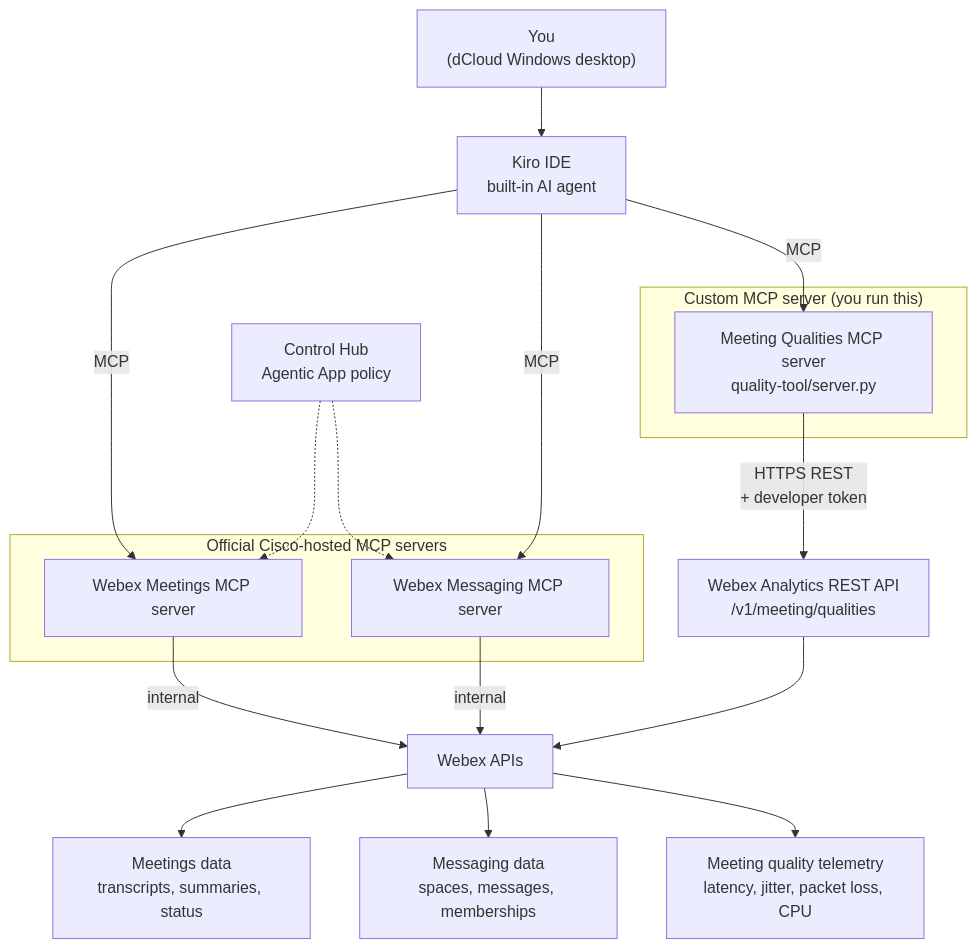
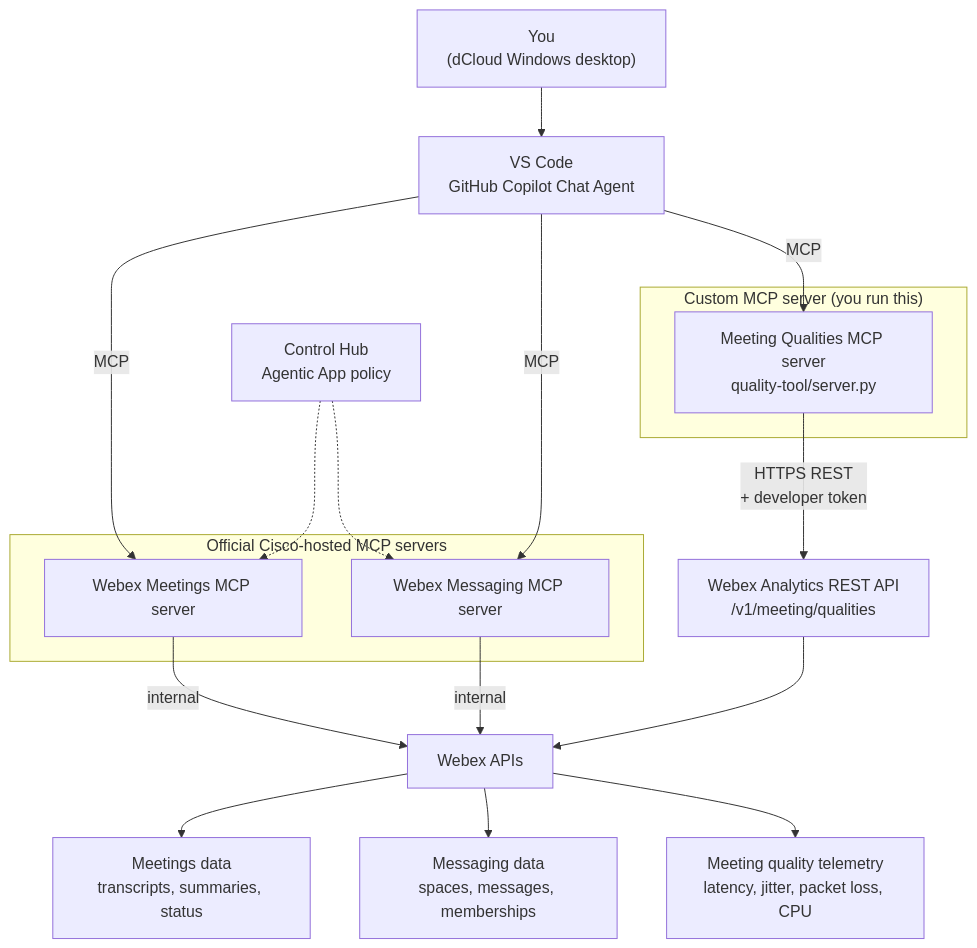
Before and after one commit to WebexOne-MCP-Lab/WebexOne-MCP-Lab.github.io: the diagram in docs/topologies.md, drawn with Mermaid. The commit also changed other lines of this file and 34 other files, not shown here.

Commit message:
Update lab guide for VS Code Copilot Chat

````diff
--- a/docs/topologies.md
+++ b/docs/topologies.md
@@ -7,29 +7,29 @@
 ```mermaid
 flowchart TD
-    A["You<br/>(dCloud Windows desktop)"] --> B["Kiro IDE<br/>built-in AI agent"]
+    A["You<br/>(dCloud Windows desktop)"] --> B["VS Code<br/>GitHub Copilot Chat Agent"]
 
     subgraph official ["Official Cisco-hosted MCP servers"]
         C["Webex Meetings MCP server"]
         D["Webex Messaging MCP server"]
     end
 
     subgraph custom ["Custom MCP server (you run this)"]
         E["Meeting Qualities MCP server<br/>quality-tool/server.py"]
     end
 
     B -- "MCP" --> C
     B -- "MCP" --> D
     B -- "MCP" --> E
 
     C -- "internal" --> G["Webex APIs"]
     D -- "internal" --> G
     E -- "HTTPS REST<br/>+ developer token" --> R["Webex Analytics REST API<br/>/v1/meeting/qualities"]
     R --> G
 
     G --> H["Meetings data<br/>transcripts, summaries, status"]
     G --> I["Messaging data<br/>spaces, messages, memberships"]
     G --> J["Meeting quality telemetry<br/>latency, jitter, packet loss, CPU"]
 
     K["Control Hub<br/>Agentic App policy"] -.-> C
     K -.-> D
 ```
````
